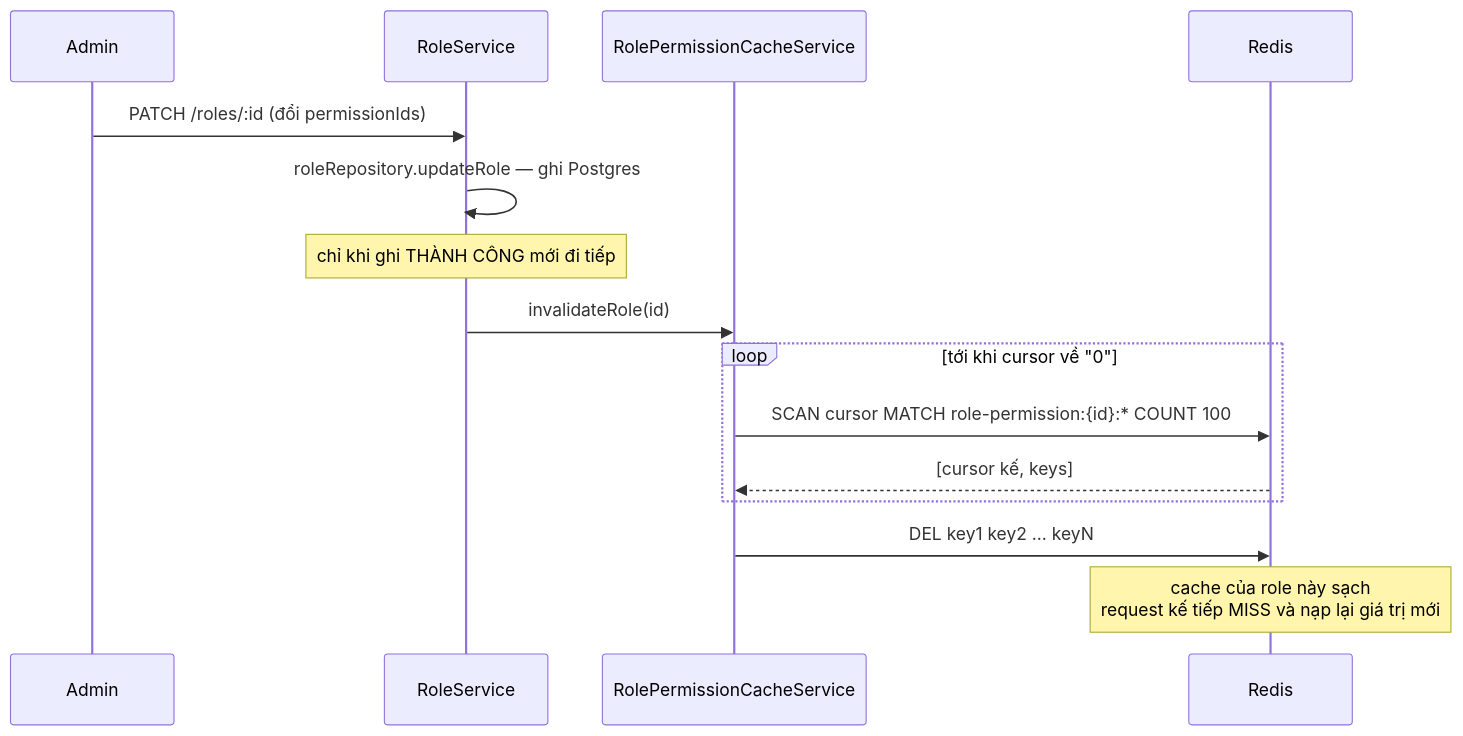
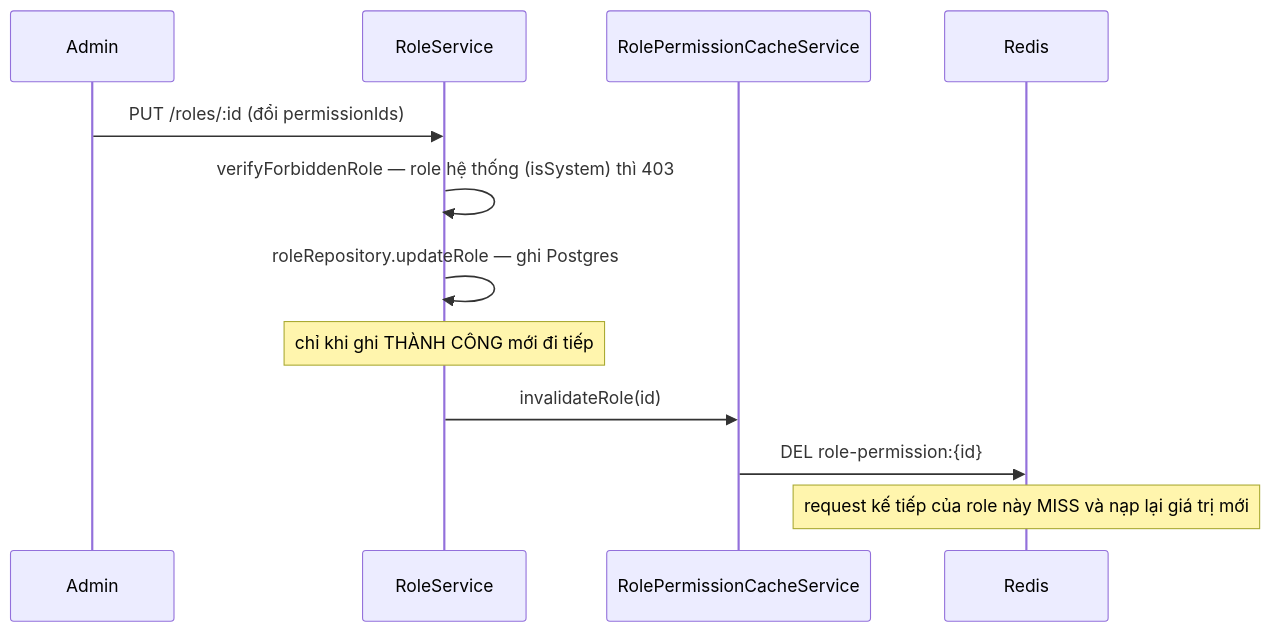
Before and after one commit to dangxuanthangqt/ecom: the eighth of 10 diagrams in docs/redis-caching-guide.md, drawn with Mermaid. The commit also changed other lines of this file and 11 other files, not shown here.

````diff
--- a/docs/redis-caching-guide.md
+++ b/docs/redis-caching-guide.md
@@ -941,18 +943,15 @@
 ```mermaid
 sequenceDiagram
     participant A as Admin
     participant S as RoleService
     participant K as RolePermissionCacheService
     participant R as Redis
 
-    A->>S: PATCH /roles/:id (đổi permissionIds)
+    A->>S: PUT /roles/:id (đổi permissionIds)
+    S->>S: verifyForbiddenRole — role hệ thống (isSystem) thì 403
     S->>S: roleRepository.updateRole — ghi Postgres
     Note over S: chỉ khi ghi THÀNH CÔNG mới đi tiếp
     S->>K: invalidateRole(id)
-    loop tới khi cursor về "0"
-        K->>R: SCAN cursor MATCH role-permission:{id}:* COUNT 100
-        R-->>K: [cursor kế, keys]
-    end
-    K->>R: DEL key1 key2 ... keyN
-    Note over R: cache của role này sạch<br/>request kế tiếp MISS và nạp lại giá trị mới
+    K->>R: DEL role-permission:{id}
+    Note over R: request kế tiếp của role này MISS và nạp lại giá trị mới
 ```
````
